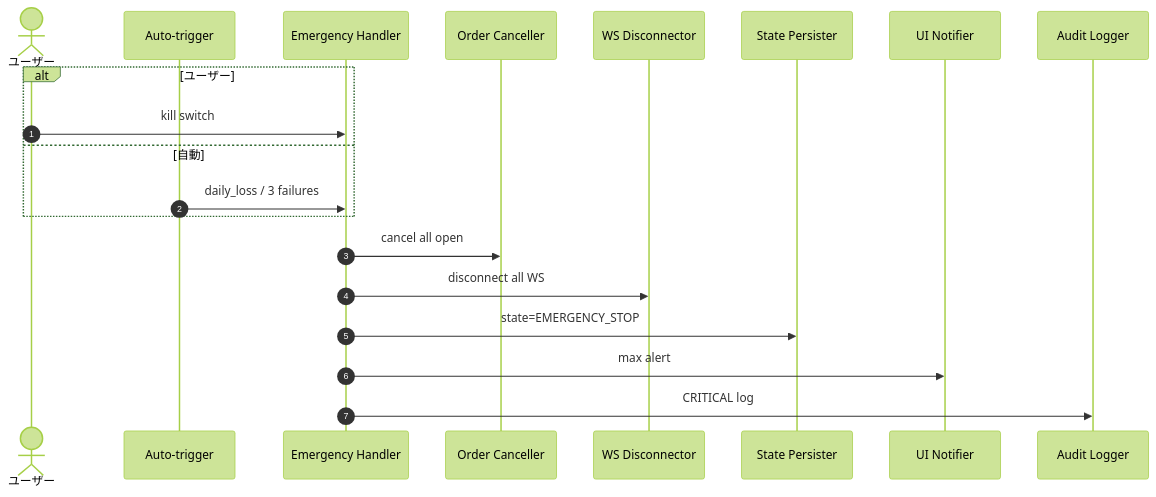
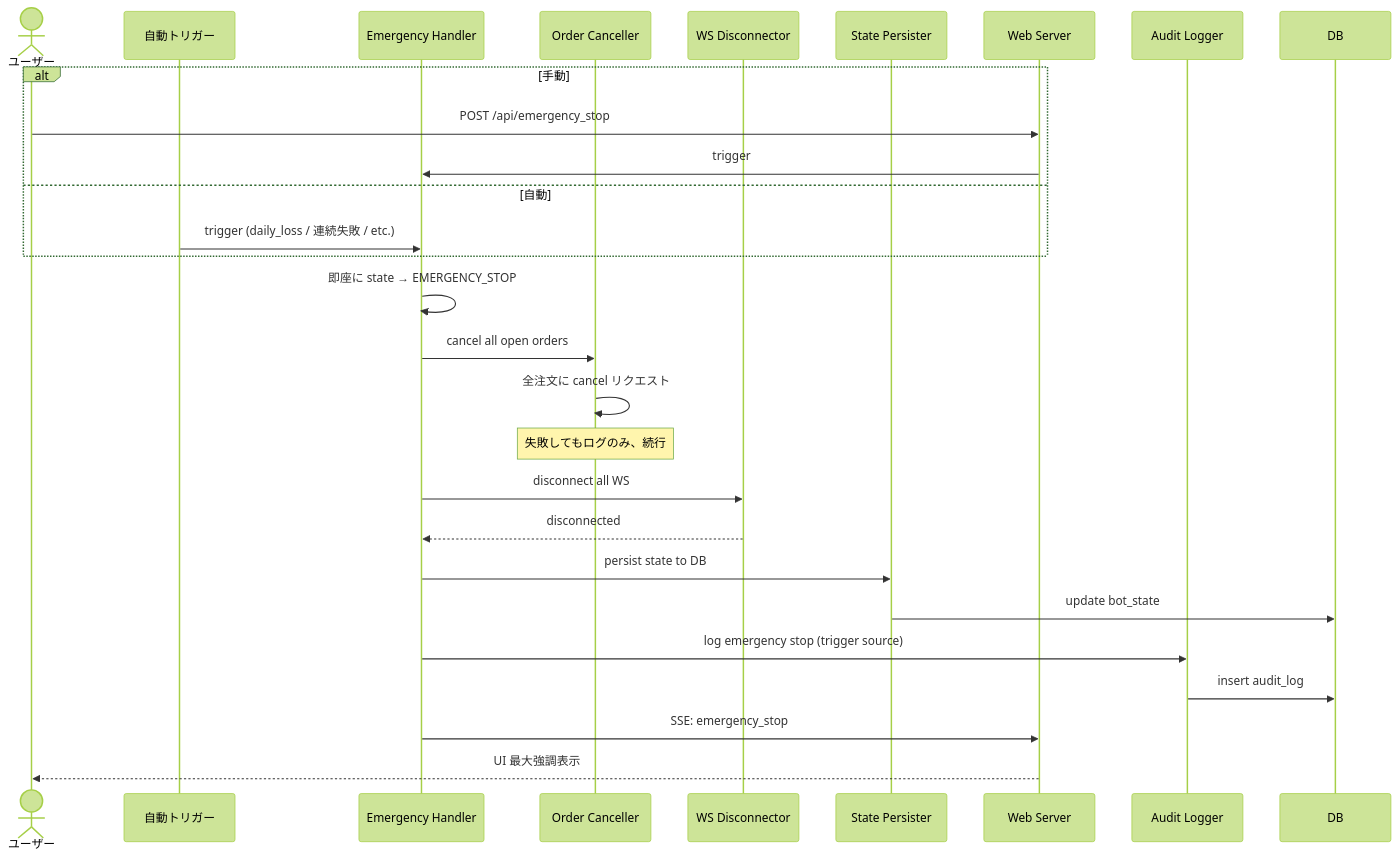
One commit to matrix9neonebuchadnezzar2199-sketch/YoRuu changed the seventh of 7 diagrams in docs/design/06_sequence.md. Above: the diagram before and after it, drawn with Mermaid (forest theme). The commit also changed other lines of this file and 8 other files, not shown here.

````diff
--- a/docs/design/06_sequence.md
+++ b/docs/design/06_sequence.md
@@ -241,23 +305,31 @@
 ```mermaid
 sequenceDiagram
-    autonumber
     actor U as ユーザー
-    participant TR as Auto-trigger
+    participant T as 自動トリガー
     participant EH as Emergency Handler
     participant OC as Order Canceller
     participant WD as WS Disconnector
     participant SP as State Persister
-    participant UI as UI Notifier
-    participant AUD as Audit Logger
+    participant WS as Web Server
+    participant AL as Audit Logger
+    participant DB
 
-    alt ユーザー
-        U->>EH: kill switch
+    alt 手動
+        U->>WS: POST /api/emergency_stop
+        WS->>EH: trigger
     else 自動
-        TR->>EH: daily_loss / 3 failures
+        T->>EH: trigger (daily_loss / 連続失敗 / etc.)
     end
-    EH->>OC: cancel all open
+    EH->>EH: 即座に state → EMERGENCY_STOP
+    EH->>OC: cancel all open orders
+    OC->>OC: 全注文に cancel リクエスト
+    Note over OC: 失敗してもログのみ、続行
     EH->>WD: disconnect all WS
-    EH->>SP: state=EMERGENCY_STOP
-    EH->>UI: max alert
-    EH->>AUD: CRITICAL log
+    WD-->>EH: disconnected
+    EH->>SP: persist state to DB
+    SP->>DB: update bot_state
+    EH->>AL: log emergency stop (trigger source)
+    AL->>DB: insert audit_log
+    EH->>WS: SSE: emergency_stop
+    WS-->>U: UI 最大強調表示
 ```
````
